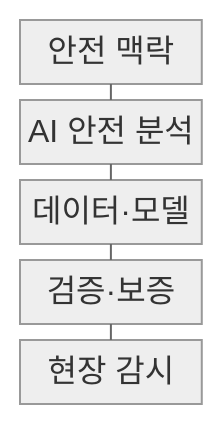
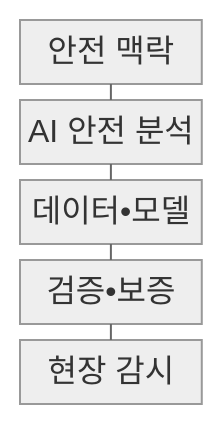
Before and after one commit to agnusdei1207/knowledge-base: the first of 2 diagrams in src/content/docs/notes/07-law-policy/044_iso_pas_8800.md, drawn with Mermaid (neutral theme). The commit also changed other lines of this file and 953 other files, not shown here.

````diff
--- a/src/content/docs/notes/07-law-policy/044_iso_pas_8800.md
+++ b/src/content/docs/notes/07-law-policy/044_iso_pas_8800.md
@@ -65,9 +65,9 @@
 ```mermaid
 block-beta
     columns 1
-    C["안전 맥락"] A["AI 안전 분석"] D["데이터·모델"] V["검증·보증"] O["현장 감시"]
+    C["안전 맥락"] A["AI 안전 분석"] D["데이터•모델"] V["검증•보증"] O["현장 감시"]
     C --- A
     A --- D
     D --- V
     V --- O
 ```
````
